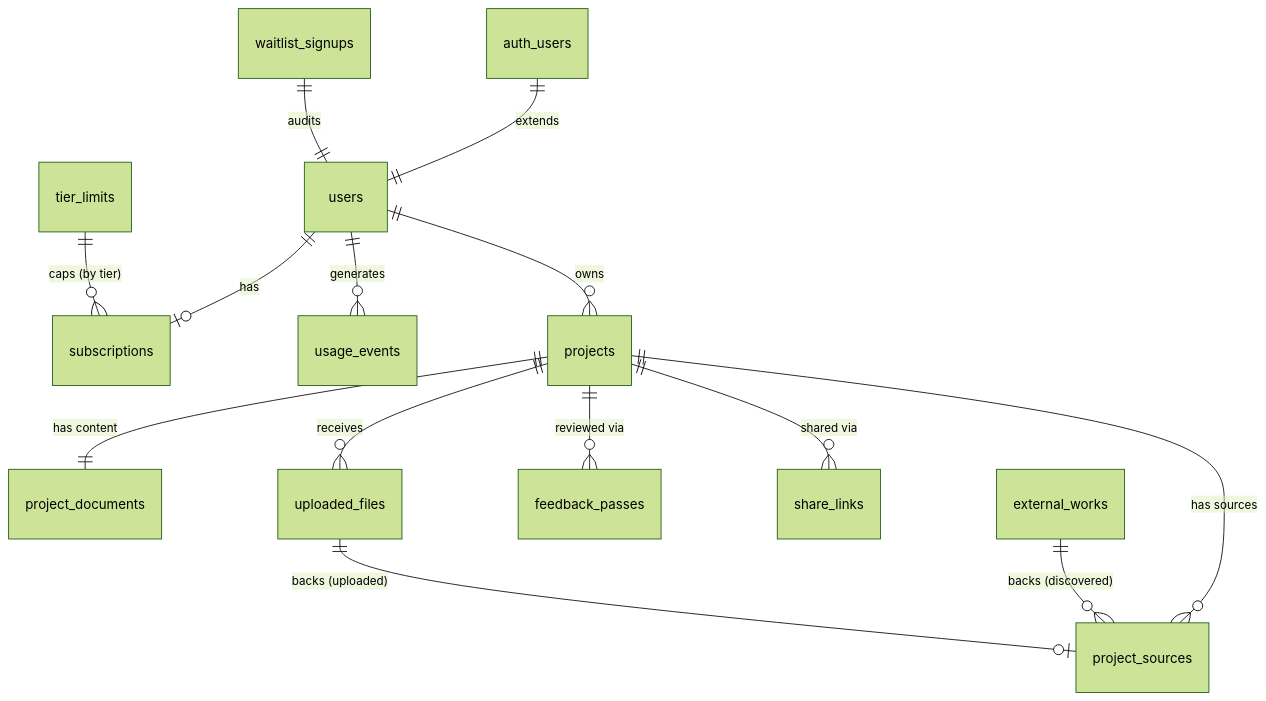
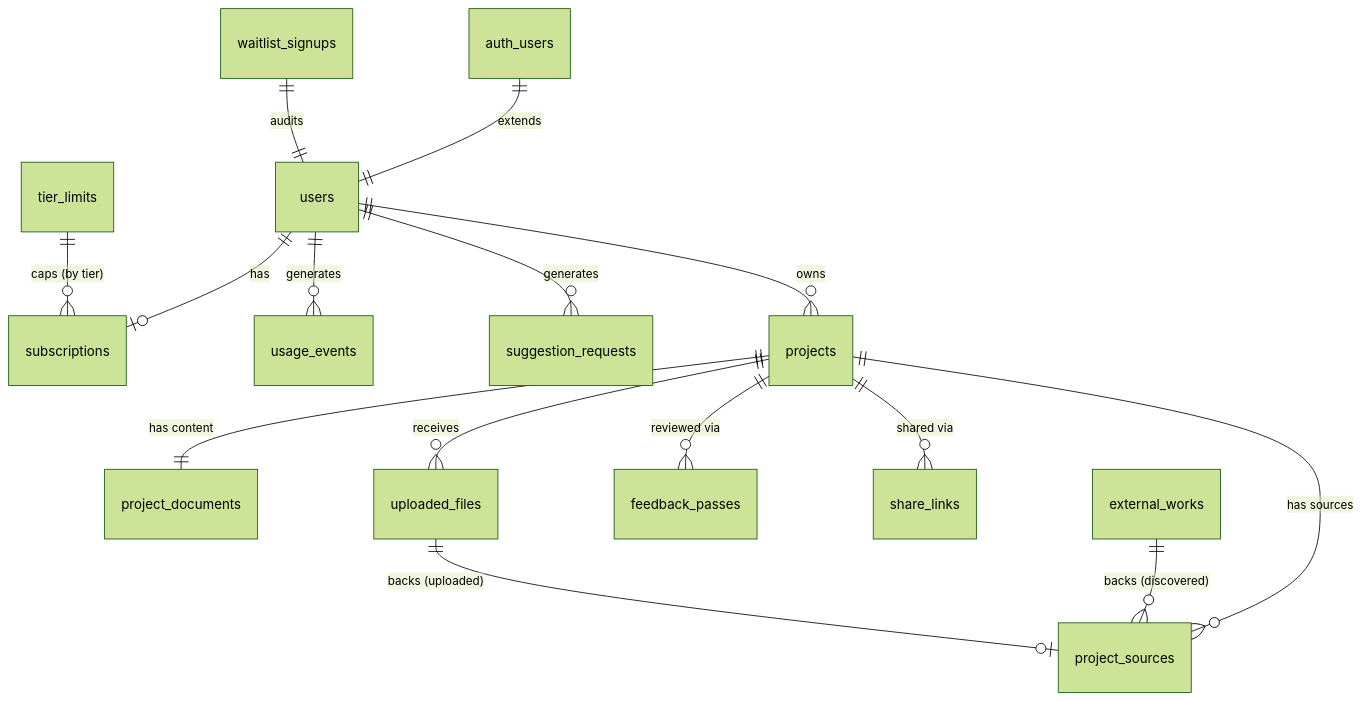
One commit to cwnaze/Alvus-AI changed the diagram in docs/data-model.md. Above: the diagram before and after it, drawn with Mermaid (forest theme). The commit also changed other lines of this file and 29 other files, not shown here.

````diff
--- a/docs/data-model.md
+++ b/docs/data-model.md
@@ -9,16 +9,17 @@
 ```mermaid
 erDiagram
   auth_users ||--|| users : "extends"
   waitlist_signups ||--|| users : "audits"
   users ||--o| subscriptions : "has"
   users ||--o{ usage_events : "generates"
+  users ||--o{ suggestion_requests : "generates"
   users ||--o{ projects : "owns"
   projects ||--|| project_documents : "has content"
   projects ||--o{ uploaded_files : "receives"
   projects ||--o{ project_sources : "has sources"
   projects ||--o{ feedback_passes : "reviewed via"
   projects ||--o{ share_links : "shared via"
   external_works ||--o{ project_sources : "backs (discovered)"
   uploaded_files ||--o| project_sources : "backs (uploaded)"
   tier_limits ||--o{ subscriptions : "caps (by tier)"
 ```
````
